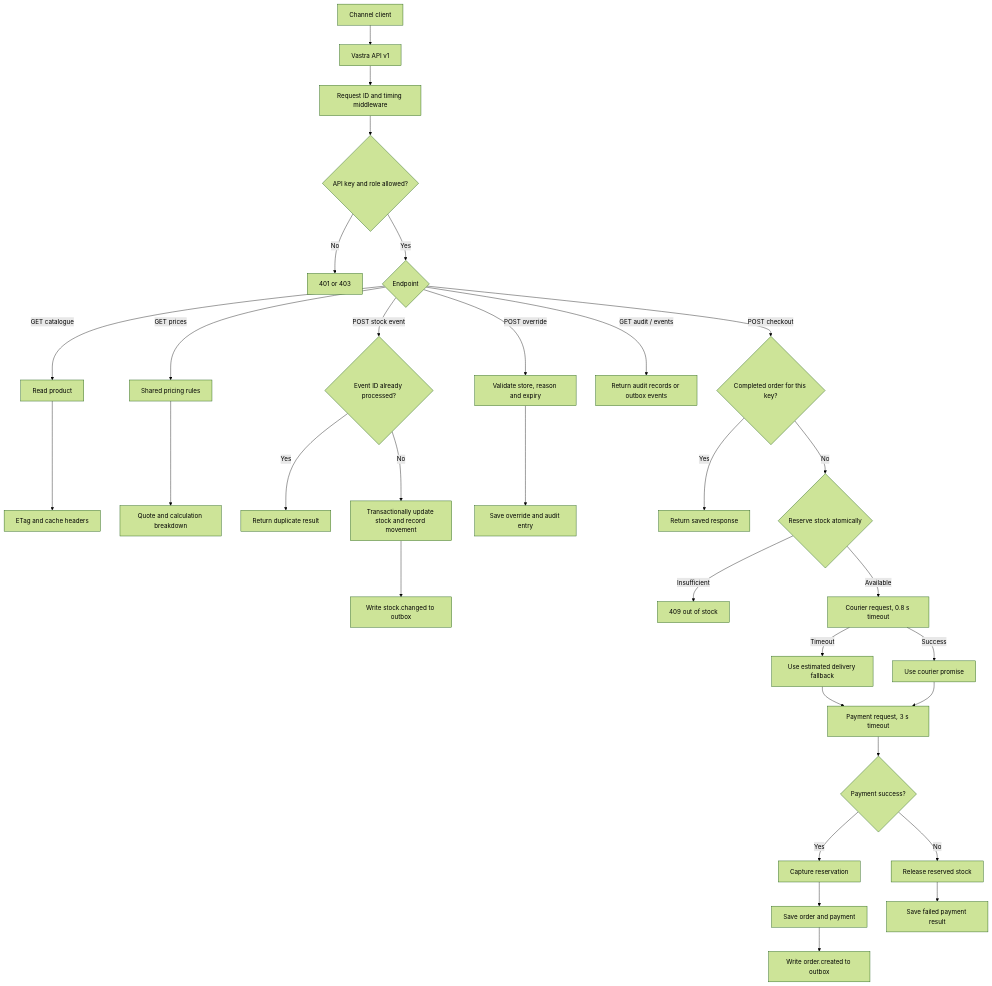
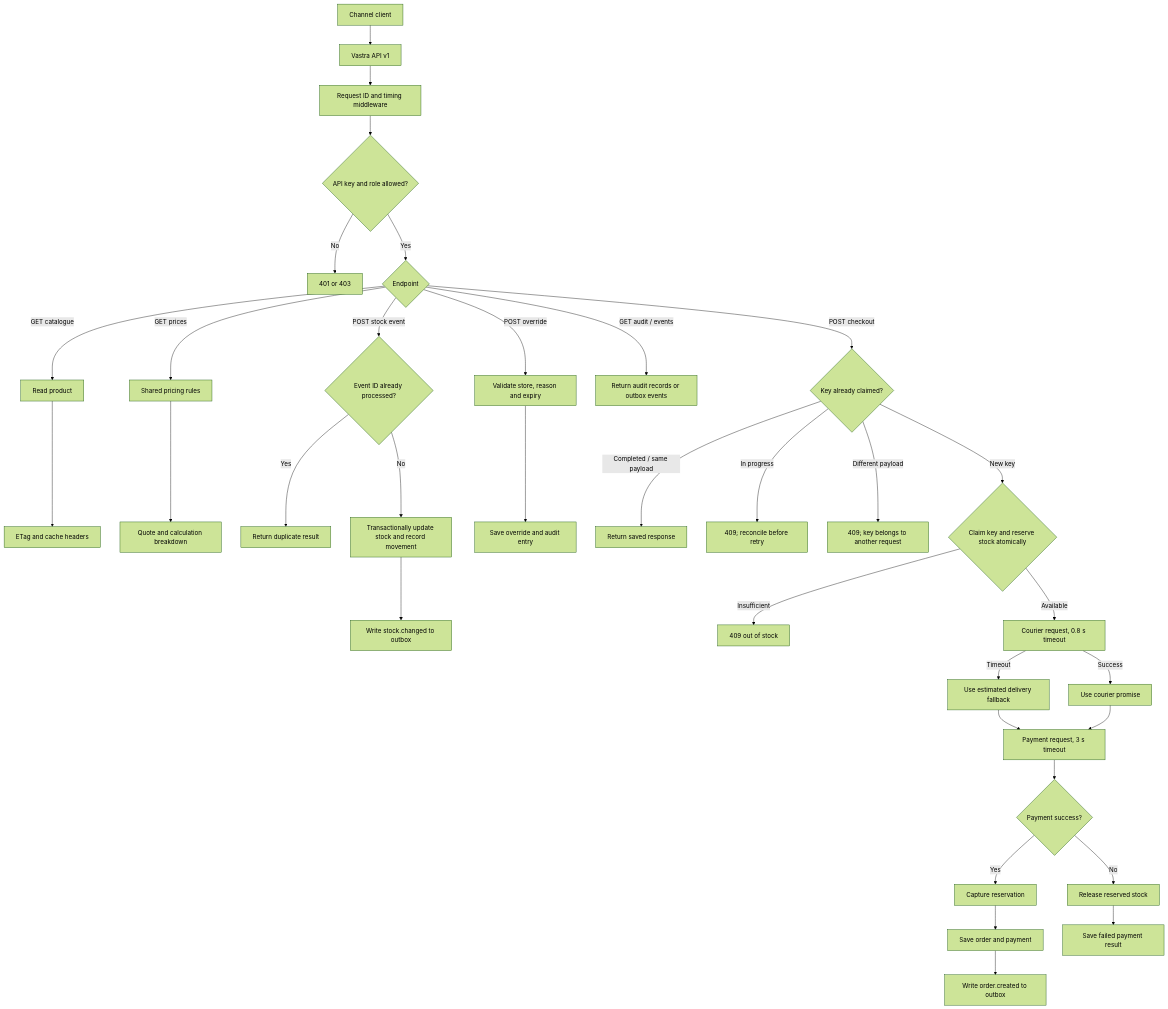
Before and after one commit to ITC-FDE-User07/itci-fde-team-4: the second of 2 diagrams in FDE_Project_Codebase/vastra-modern-api/README.md, drawn with Mermaid (forest theme). The commit also changed other lines of this file and 13 other files, not shown here.

````diff
--- a/FDE_Project_Codebase/vastra-modern-api/README.md
+++ b/FDE_Project_Codebase/vastra-modern-api/README.md
@@ -65,38 +67,40 @@
 ```mermaid
 flowchart TD
     Caller["Channel client"] --> API["Vastra API v1"]
     API --> Context["Request ID and timing middleware"]
     Context --> Auth{"API key and role allowed?"}
     Auth -- No --> Deny["401 or 403"]
     Auth -- Yes --> Route{"Endpoint"}
 
     Route -- "GET catalogue" --> Catalogue["Read product"]
     Catalogue --> Cache["ETag and cache headers"]
     Route -- "GET prices" --> Pricing["Shared pricing rules"]
     Pricing --> Quote["Quote and calculation breakdown"]
 
     Route -- "POST stock event" --> Dedup{"Event ID already processed?"}
     Dedup -- Yes --> Duplicate["Return duplicate result"]
     Dedup -- No --> UpdateStock["Transactionally update stock and record movement"]
     UpdateStock --> StockEvent["Write stock.changed to outbox"]
 
     Route -- "POST override" --> Override["Validate store, reason and expiry"]
     Override --> Audit["Save override and audit entry"]
     Route -- "GET audit / events" --> ReadRecords["Return audit records or outbox events"]
 
-    Route -- "POST checkout" --> Idempotency{"Completed order for this key?"}
-    Idempotency -- Yes --> Original["Return saved response"]
-    Idempotency -- No --> Reserve{"Reserve stock atomically"}
+    Route -- "POST checkout" --> Idempotency{"Key already claimed?"}
+    Idempotency -- Completed / same payload --> Original["Return saved response"]
+    Idempotency -- In progress --> InProgress["409; reconcile before retry"]
+    Idempotency -- Different payload --> Mismatch["409; key belongs to another request"]
+    Idempotency -- New key --> Reserve{"Claim key and reserve stock atomically"}
     Reserve -- "Insufficient" --> Conflict["409 out of stock"]
     Reserve -- Available --> Courier["Courier request, 0.8 s timeout"]
     Courier -- Timeout --> Fallback["Use estimated delivery fallback"]
     Courier -- Success --> Promise["Use courier promise"]
     Fallback --> Payment["Payment request, 3 s timeout"]
     Promise --> Payment
     Payment --> Paid{"Payment success?"}
     Paid -- Yes --> Capture["Capture reservation"]
     Capture --> SaveOrder["Save order and payment"]
     SaveOrder --> OrderEvent["Write order.created to outbox"]
     Paid -- No --> Release["Release reserved stock"]
     Release --> SaveFailure["Save failed payment result"]
 ```
````
